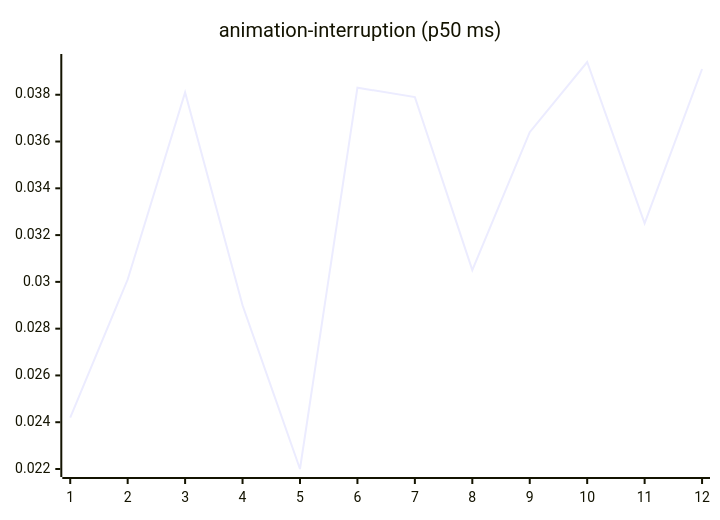
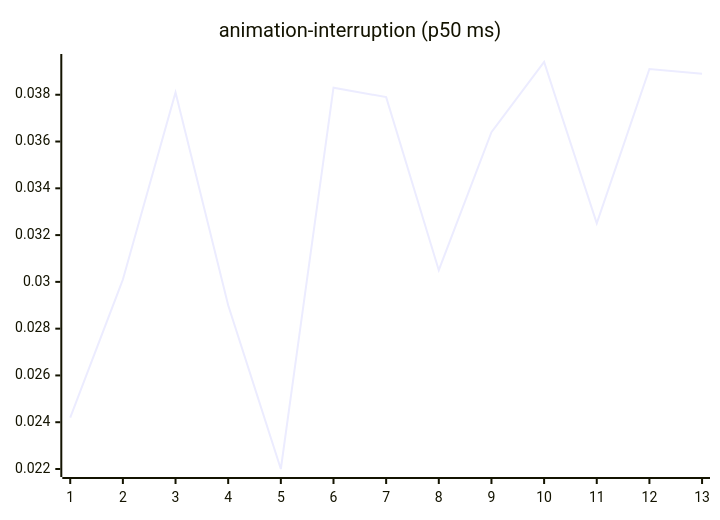
One commit to josha/Facet changed the third of 27 diagrams in README.md. Above: the diagram before and after it, drawn with Mermaid. The commit also changed other lines of this file and 2 other files, not shown here.

````diff
--- a/README.md
+++ b/README.md
@@ -77,6 +77,6 @@
 ```mermaid
 xychart-beta
     title "animation-interruption (p50 ms)"
-    x-axis 1 --> 12
-    line [0.0242, 0.0301, 0.0381, 0.0290, 0.0220, 0.0383, 0.0379, 0.0305, 0.0364, 0.0394, 0.0325, 0.0391]
+    x-axis 1 --> 13
+    line [0.0242, 0.0301, 0.0381, 0.0290, 0.0220, 0.0383, 0.0379, 0.0305, 0.0364, 0.0394, 0.0325, 0.0391, 0.0389]
 ```
````
